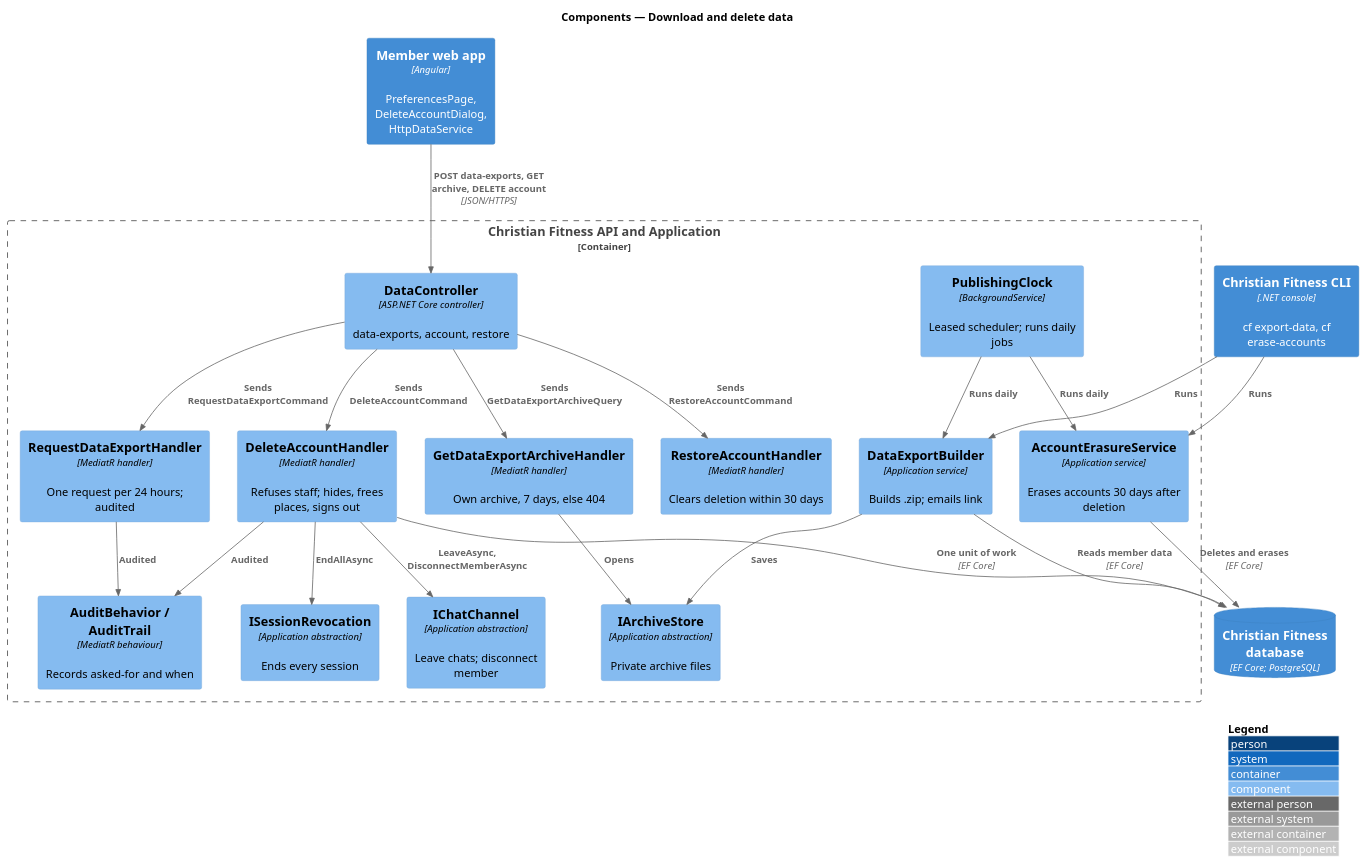
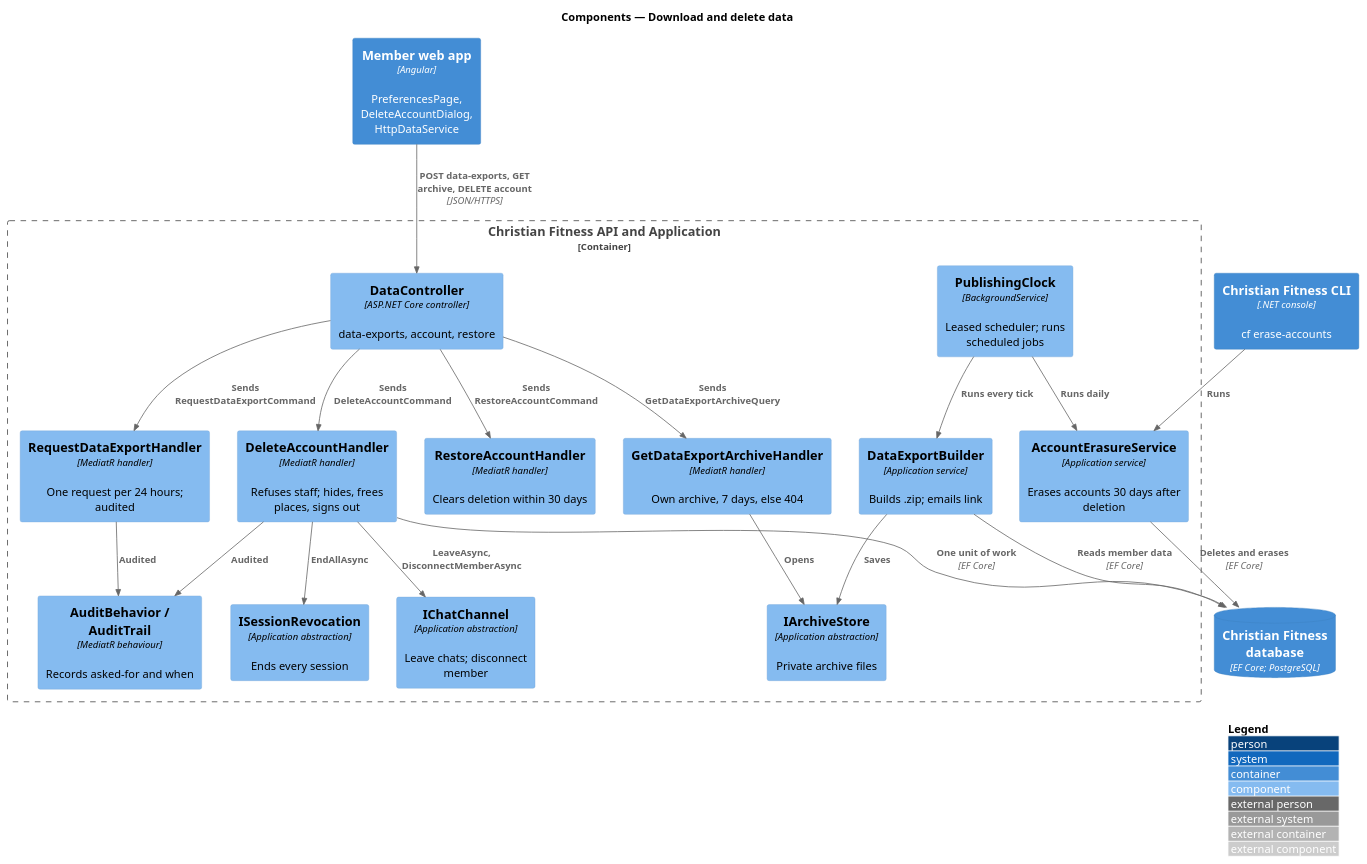
Before and after one commit to QuinntyneBrown/christian-fitness: the diagram in docs/detailed-designs/preferences/download-and-delete-data/diagrams/c4-component.puml, drawn with PlantUML. The commit also changed 69 other files, not shown here.

```diff
--- a/docs/detailed-designs/preferences/download-and-delete-data/diagrams/c4-component.puml
+++ b/docs/detailed-designs/preferences/download-and-delete-data/diagrams/c4-component.puml
@@ -1,41 +1,40 @@
 @startuml
 !include <C4/C4_Component>
 LAYOUT_WITH_LEGEND()
 title Components — Download and delete data
 
 Container(web, "Member web app", "Angular", "PreferencesPage, DeleteAccountDialog, HttpDataService")
-Container(cli, "Christian Fitness CLI", ".NET console", "cf export-data, cf erase-accounts")
+Container(cli, "Christian Fitness CLI", ".NET console", "cf erase-accounts")
 Container_Boundary(api, "Christian Fitness API and Application") {
   Component(ctrl, "DataController", "ASP.NET Core controller", "data-exports, account, restore")
   Component(req, "RequestDataExportHandler", "MediatR handler", "One request per 24 hours; audited")
   Component(get, "GetDataExportArchiveHandler", "MediatR handler", "Own archive, 7 days, else 404")
   Component(del, "DeleteAccountHandler", "MediatR handler", "Refuses staff; hides, frees places, signs out")
   Component(restore, "RestoreAccountHandler", "MediatR handler", "Clears deletion within 30 days")
-  Component(clock, "PublishingClock", "BackgroundService", "Leased scheduler; runs daily jobs")
+  Component(clock, "PublishingClock", "BackgroundService", "Leased scheduler; runs scheduled jobs")
   Component(builder, "DataExportBuilder", "Application service", "Builds .zip; emails link")
   Component(erase, "AccountErasureService", "Application service", "Erases accounts 30 days after deletion")
   Component(audit, "AuditBehavior / AuditTrail", "MediatR behaviour", "Records asked-for and when")
   Component(rev, "ISessionRevocation", "Application abstraction", "Ends every session")
   Component(chat, "IChatChannel", "Application abstraction", "Leave chats; disconnect member")
   Component(store, "IArchiveStore", "Application abstraction", "Private archive files")
 }
 ContainerDb(db, "Christian Fitness database", "EF Core; PostgreSQL", "")
 Rel(web, ctrl, "POST data-exports, GET archive, DELETE account", "JSON/HTTPS")
 Rel(ctrl, req, "Sends RequestDataExportCommand")
 Rel(ctrl, get, "Sends GetDataExportArchiveQuery")
 Rel(ctrl, del, "Sends DeleteAccountCommand")
 Rel(ctrl, restore, "Sends RestoreAccountCommand")
 Rel(req, audit, "Audited")
 Rel(del, audit, "Audited")
 Rel(del, rev, "EndAllAsync")
 Rel(del, chat, "LeaveAsync, DisconnectMemberAsync")
 Rel(get, store, "Opens")
-Rel(cli, builder, "Runs")
 Rel(cli, erase, "Runs")
-Rel(clock, builder, "Runs daily")
+Rel(clock, builder, "Runs every tick")
 Rel(clock, erase, "Runs daily")
 Rel(builder, store, "Saves")
 Rel(builder, db, "Reads member data", "EF Core")
 Rel(erase, db, "Deletes and erases", "EF Core")
 Rel(del, db, "One unit of work", "EF Core")
 @enduml
```
